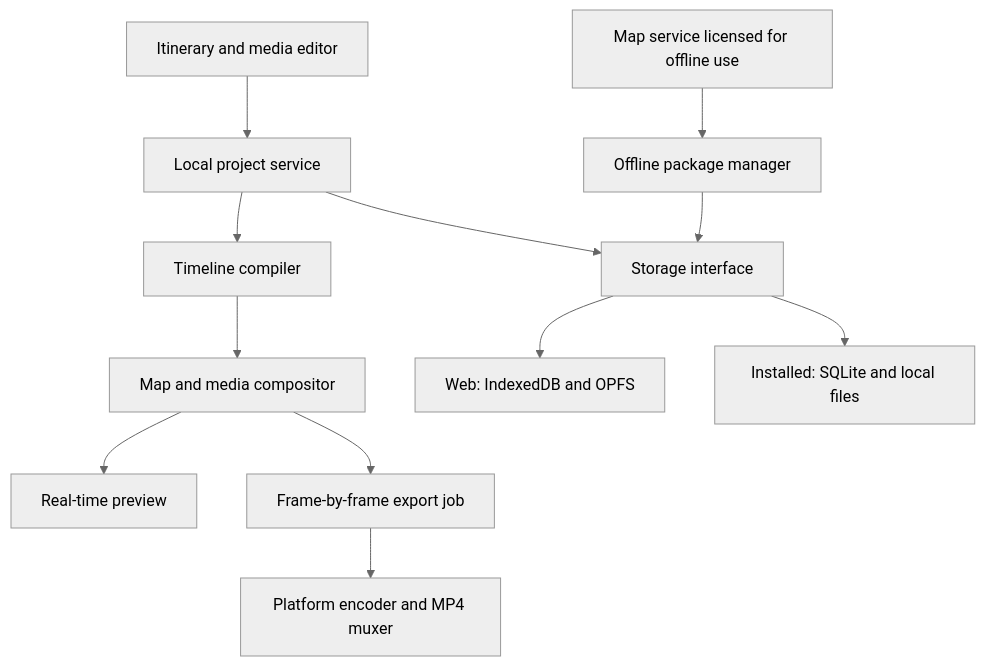
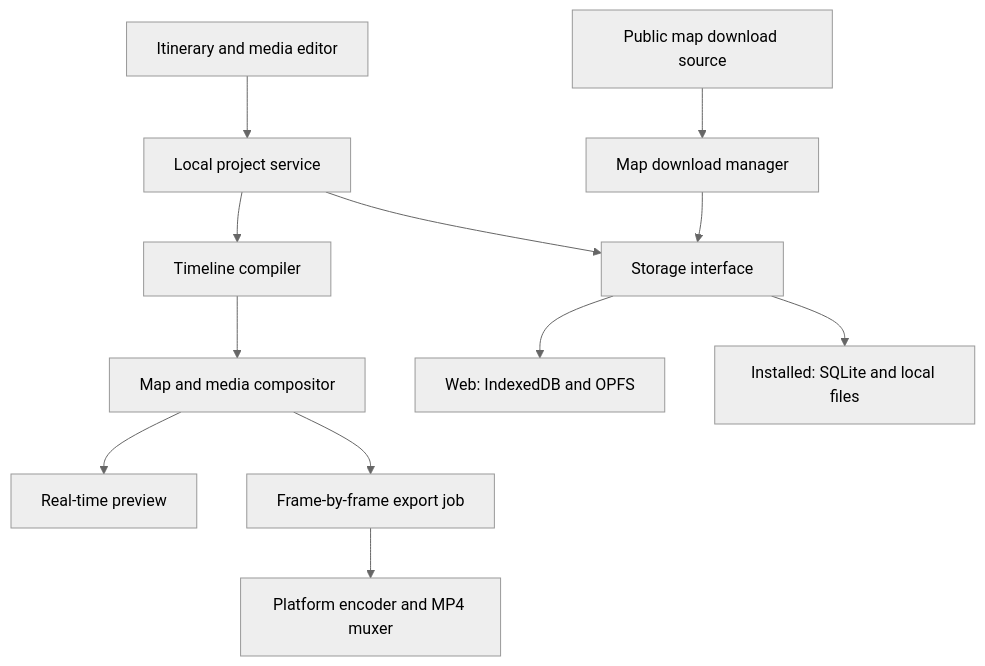
Before and after one commit to JimmyCodeWork/TripReplay: the diagram in docs/specification.md, drawn with Mermaid (neutral theme). The commit also changed other lines of this file and 28 other files, not shown here.

````diff
--- a/docs/specification.md
+++ b/docs/specification.md
@@ -117,14 +111,14 @@
 ```mermaid
 flowchart TD
     UI[Itinerary and media editor] --> Project[Local project service]
     Project --> Timeline[Timeline compiler]
     Timeline --> Renderer[Map and media compositor]
     Renderer --> Preview[Real-time preview]
     Renderer --> Export[Frame-by-frame export job]
     Export --> Encoder[Platform encoder and MP4 muxer]
     Project --> Store[Storage interface]
     Store --> Web[Web: IndexedDB and OPFS]
     Store --> Native[Installed: SQLite and local files]
-    Offline[Offline package manager] --> Store
-    Public[Map service licensed for offline use] --> Offline
+    Maps[Map download manager] --> Store
+    Source[Public map download source] --> Maps
 ```
````
